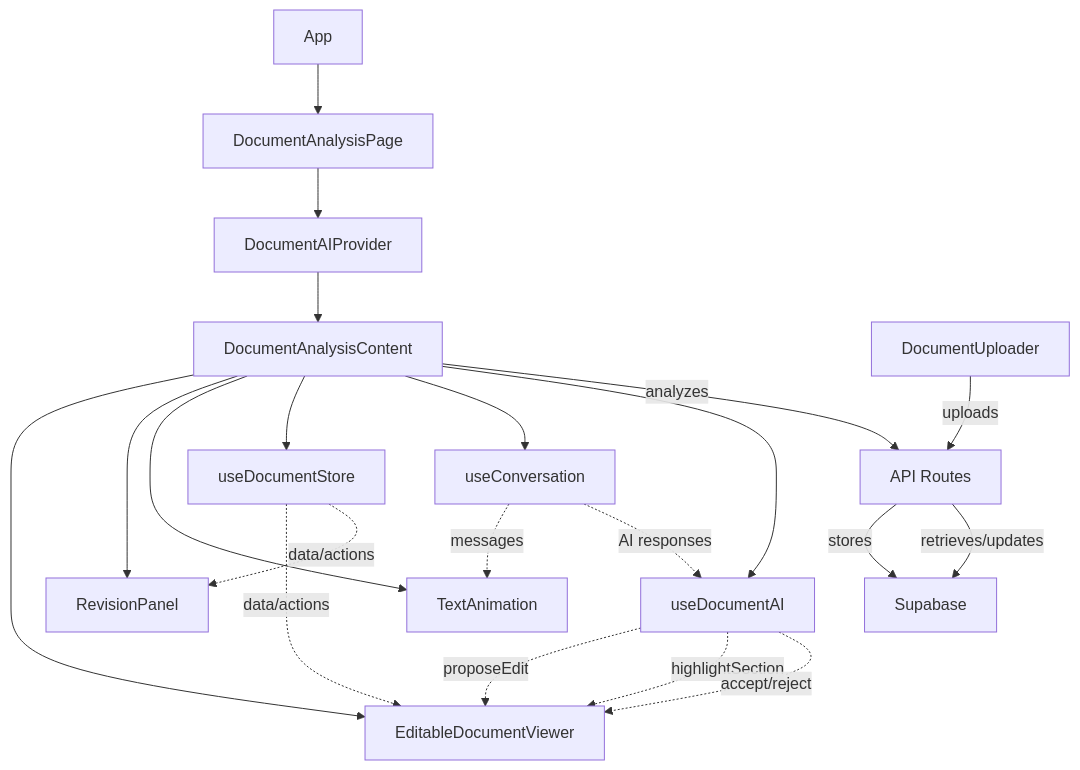
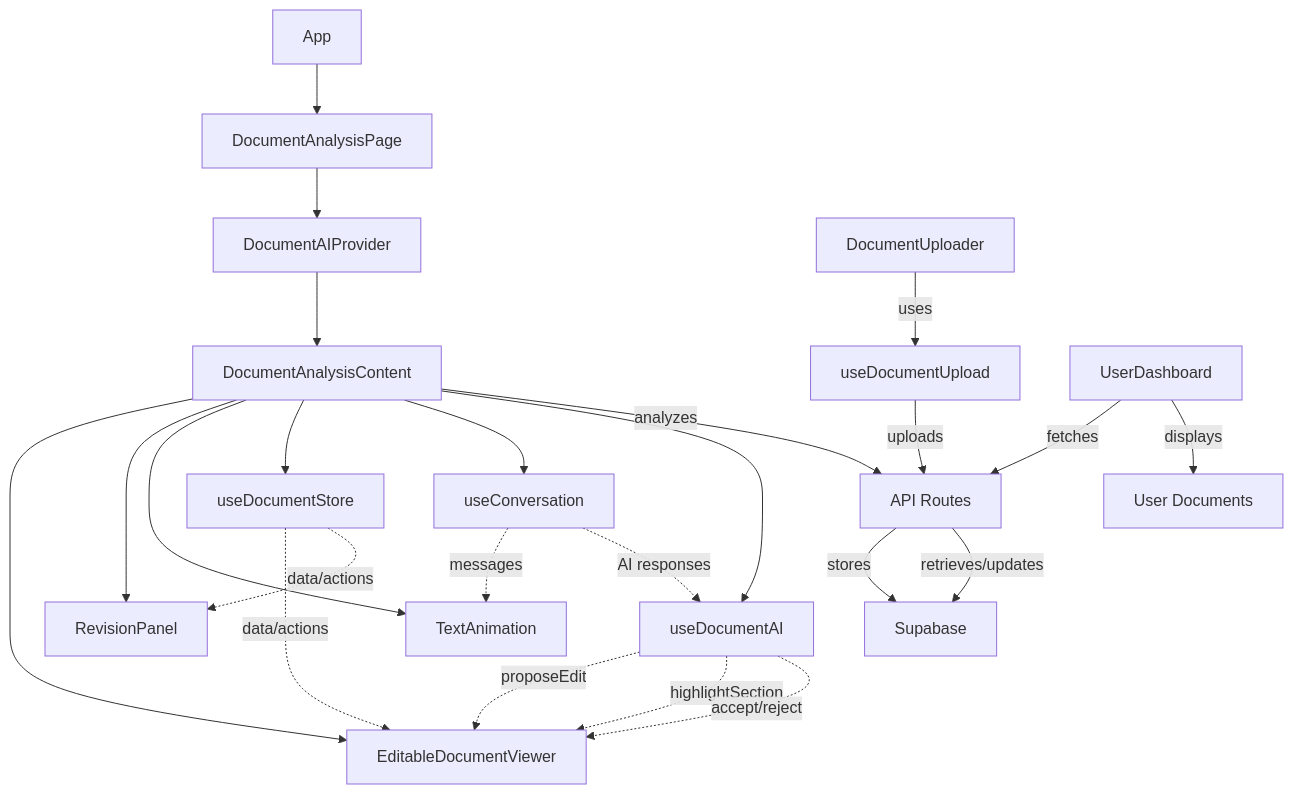
One commit to lyonelpierce/trustink changed the fourth of 4 diagrams in documentation/01-system-architecture.md. Above: the diagram before and after it, drawn with Mermaid. The commit also changed other lines of this file and 61 other files, not shown here.

Commit message:
feat(mpv-stack): erd integration w/ tests

````diff
--- a/documentation/01-system-architecture.md
+++ b/documentation/01-system-architecture.md
@@ -121,33 +163,38 @@
 ```mermaid
 graph TD
     A[App] --> B[DocumentAnalysisPage]
     B --> C[DocumentAIProvider]
     C --> D[DocumentAnalysisContent]
     D --> E[EditableDocumentViewer]
     D --> F[RevisionPanel]
     D --> G[TextAnimation]
     D --> H[useDocumentStore]
     D --> I[useConversation]
     D --> J[useDocumentAI]
     
     %% Store connections
     H -.->|data/actions| E
     H -.->|data/actions| F
     
     %% AI Provider connections
     J -.->|proposeEdit| E
     J -.->|highlightSection| E
     J -.->|accept/reject| E
     
     %% Conversation hookup
     I -.->|messages| G
     I -.->|AI responses| J
     
     %% Document uploader flow
-    K[DocumentUploader] -->|uploads| L[API Routes]
+    K[DocumentUploader] -->|uses| KK[useDocumentUpload]
+    KK -->|uploads| L[API Routes]
     L -->|stores| M[Supabase]
     
     %% Document analysis flow
     D -->|analyzes| L
     L -->|retrieves/updates| M
+    
+    %% User dashboard flow
+    N[UserDashboard] -->|fetches| L
+    N -->|displays| O[User Documents]
 ```
````
